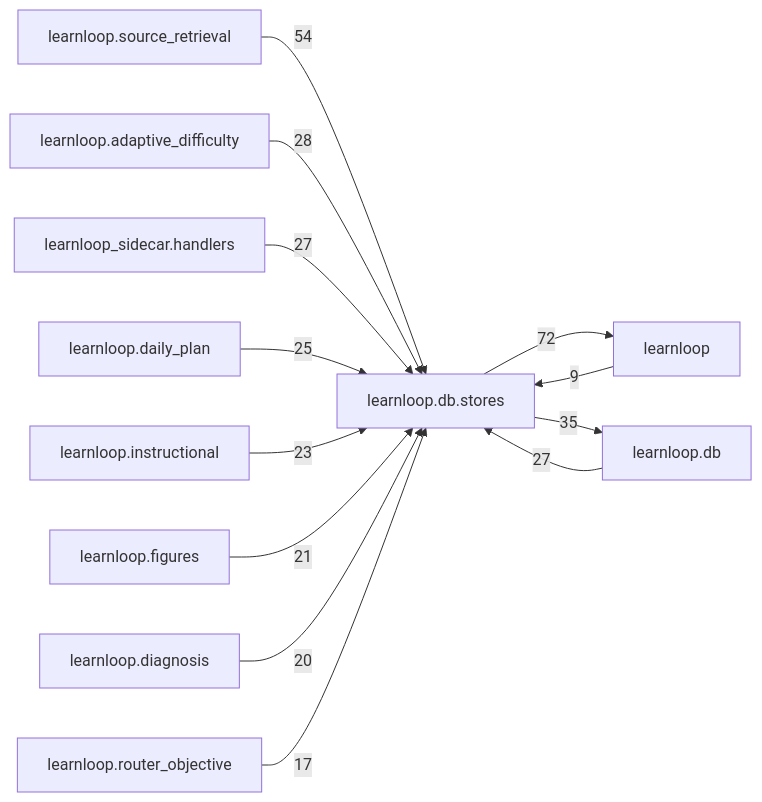
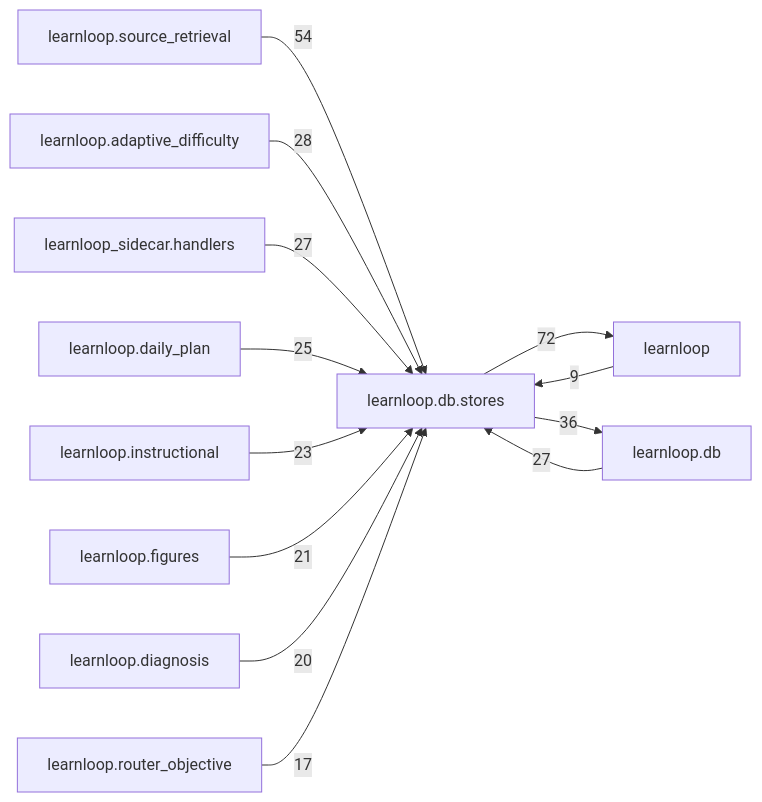
The diagram in docs/learnloop-architecture-vault/Reference/Modules/learnloop/db/stores/_package.md (6up-b/learnanything), drawn with Mermaid before and after one commit. The commit also changed other lines of this file and 40 other files, not shown here.

````diff
--- a/docs/learnloop-architecture-vault/Reference/Modules/learnloop/db/stores/_package.md
+++ b/docs/learnloop-architecture-vault/Reference/Modules/learnloop/db/stores/_package.md
@@ -268,26 +268,26 @@
 ```mermaid
 flowchart LR
     center["learnloop.db.stores"]
     n_learnloop["learnloop"]
     n_learnloop_db["learnloop.db"]
     n_learnloop_source_retrieval["learnloop.source_retrieval"]
     n_learnloop_adaptive_difficulty["learnloop.adaptive_difficulty"]
     n_learnloop_sidecar_handlers["learnloop_sidecar.handlers"]
     n_learnloop_daily_plan["learnloop.daily_plan"]
     n_learnloop_instructional["learnloop.instructional"]
     n_learnloop_figures["learnloop.figures"]
     n_learnloop_diagnosis["learnloop.diagnosis"]
     n_learnloop_router_objective["learnloop.router_objective"]
     n_learnloop -->|9| center
     center -->|72| n_learnloop
     n_learnloop_db -->|27| center
-    center -->|35| n_learnloop_db
+    center -->|36| n_learnloop_db
     n_learnloop_source_retrieval -->|54| center
     n_learnloop_adaptive_difficulty -->|28| center
     n_learnloop_sidecar_handlers -->|27| center
     n_learnloop_daily_plan -->|25| center
     n_learnloop_instructional -->|23| center
     n_learnloop_figures -->|21| center
     n_learnloop_diagnosis -->|20| center
     n_learnloop_router_objective -->|17| center
 ```
````
